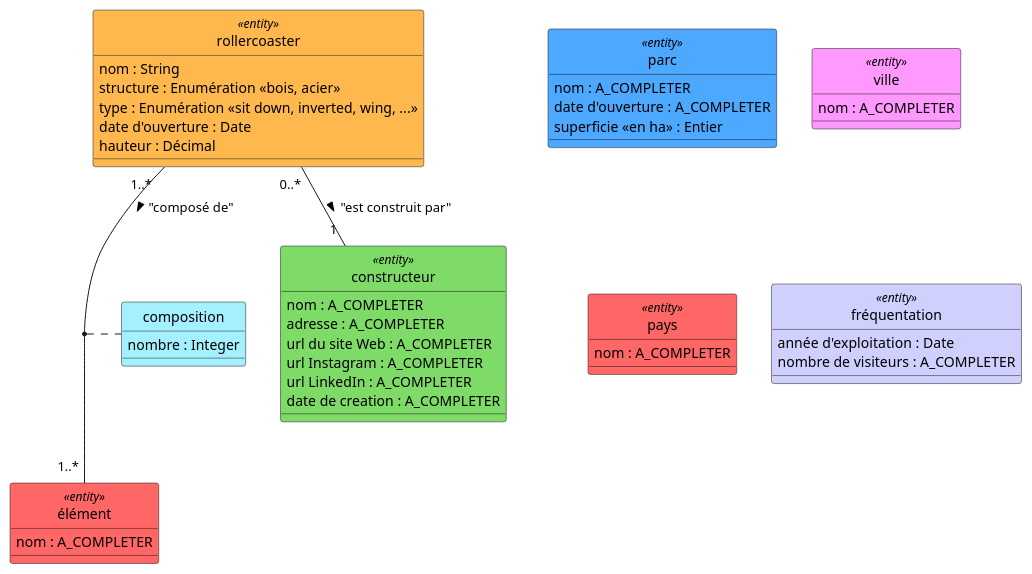
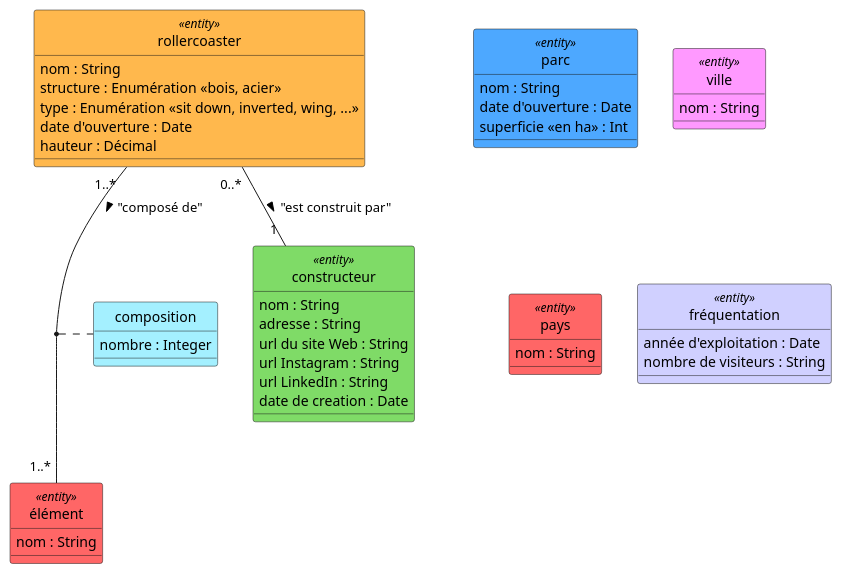
The diagram in MCD eurocoasters (A COMPLETER).puml (Neky547/ECD_Eurocoasters), drawn with PlantUML before and after one commit. The commit also changed 1 other file, not shown here.

```diff
--- a/MCD eurocoasters (A COMPLETER).puml
+++ b/MCD eurocoasters (A COMPLETER).puml
@@ -1,85 +1,85 @@
 @startuml
 
 ' Masquer les cercles dans les classes
 hide circle 
 
 ' ---------------------------
 '   Définition des entités 
 ' ---------------------------
 
 entity "rollercoaster"  as rollercoaster <<entity>> #FFB84D {    
     nom : String
     structure : Enumération <<bois, acier>>
     type : Enumération <<sit down, inverted, wing, ...>>
     date d'ouverture : Date
     hauteur : Décimal
 }
 
 entity "constructeur" as constructeur <<entity>> #7FDB67 {    
-    nom : A_COMPLETER
-    adresse : A_COMPLETER
-    url du site Web : A_COMPLETER
-    url Instagram : A_COMPLETER
-    url LinkedIn : A_COMPLETER
-    date de creation : A_COMPLETER
+    nom : String
+    adresse : String
+    url du site Web : String
+    url Instagram : String
+    url LinkedIn : String
+    date de creation : Date
 }
 
 entity "parc" as parc <<entity>> #4DA8FF {    
-    nom : A_COMPLETER
-    date d'ouverture : A_COMPLETER
-    superficie <<en ha>> : Entier
+    nom : String
+    date d'ouverture : Date
+    superficie <<en ha>> : Int
 }
 
 entity "ville" as ville <<entity>> #FF99FF {   
-    nom : A_COMPLETER
+    nom : String
 }
 
 entity "pays" as pays <<entity>> #FF6666 {   
-    nom : A_COMPLETER
+    nom : String
 }
 
 entity "élément" as element <<entity>> #FF6666 {    
-    nom : A_COMPLETER
+    nom : String
 }
 
 entity "fréquentation" as frequentation <<entity>> #D0D0FF {    
     année d'exploitation : Date
-    nombre de visiteurs : A_COMPLETER
+    nombre de visiteurs : String
 }
 
 ' -------------------------------
 '   Associations (relations)
 ' -------------------------------
 
 ' Un constructeur PEUT NE PAS AVOIR comme PLUSIEURS de rollercoaster, mais avoir d'autres types d'attractions
 ' Un rollercoaster est obligatoirement construit par UN constructeurs.
 rollercoaster  " 0..* "--" 1 " constructeur :  "est construit par" >
 
 ' Un rollercoaster est localisé dans UN parc et un parc peut avoir AUCUN ou PLUSIEURS rollercoasters
 ' A COMPLETER LA RELATION
 
 ' Un constructeur est localisé dans UNE ville, une ville peut avoir AUCUN ou PLUSIEURS constructeurs
 ' A COMPLETER LA RELATION
 
 ' Un parc d'attractions est  localisé dans UNE ville, une ville peut avoir AUCUN ou PLUSIEURS parcs d'attractions
 ' A COMPLETER LA RELATION
 
 ' Un parc n'a pas encore de fréquentation avant la fin de sa 1ère année d'exploitation
 ' Ensuite un par aura PLUSIEURS fréquentations (une par année d'exploitation.)
 ' Une fréquentation est en relation avec UN parc pour UNE année.
 ' A COMPLETER LA RELATION
 
 ' Une ville à UN unique pays, un pays à UNE ou plusieurs villes
 ' A COMPLETER LA RELATION
 
 
 ' Un rollercoaster est composé de PLUSIEURS ELEMENTS et un élément peut se trouver dans PLUSIEURS rollercosters
 ' Un élément peut également avoir un NOMBRE D'OCCURRENCES supérieur à 1 dans un rollercoaster
 rollercoaster " 1..* " -- " 1..* " element : "composé de" >
 (rollercoaster, element ) . composition
 class "composition" as composition #A4F0FF {
     nombre : Integer
 }
 
 
 @enduml
```
